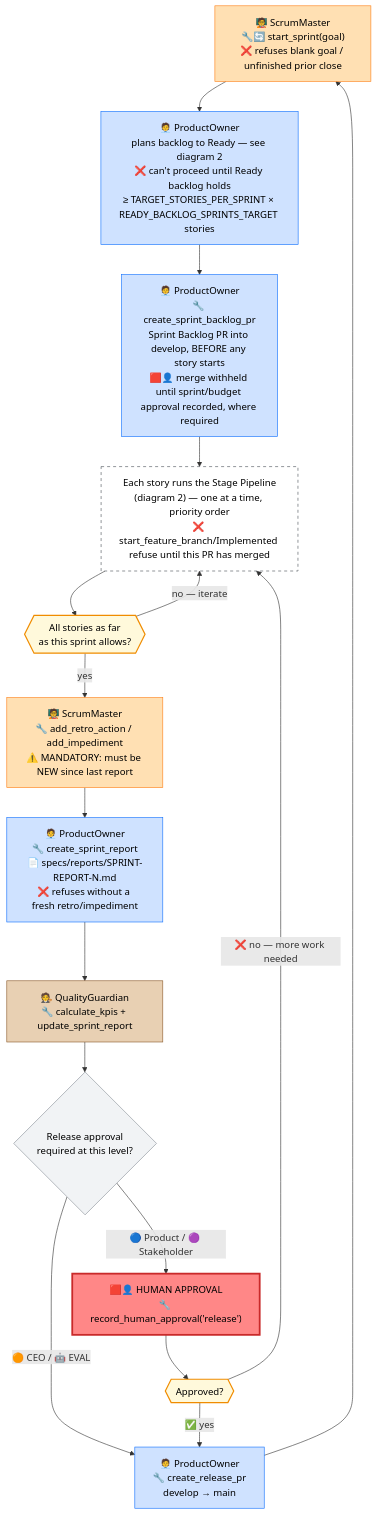
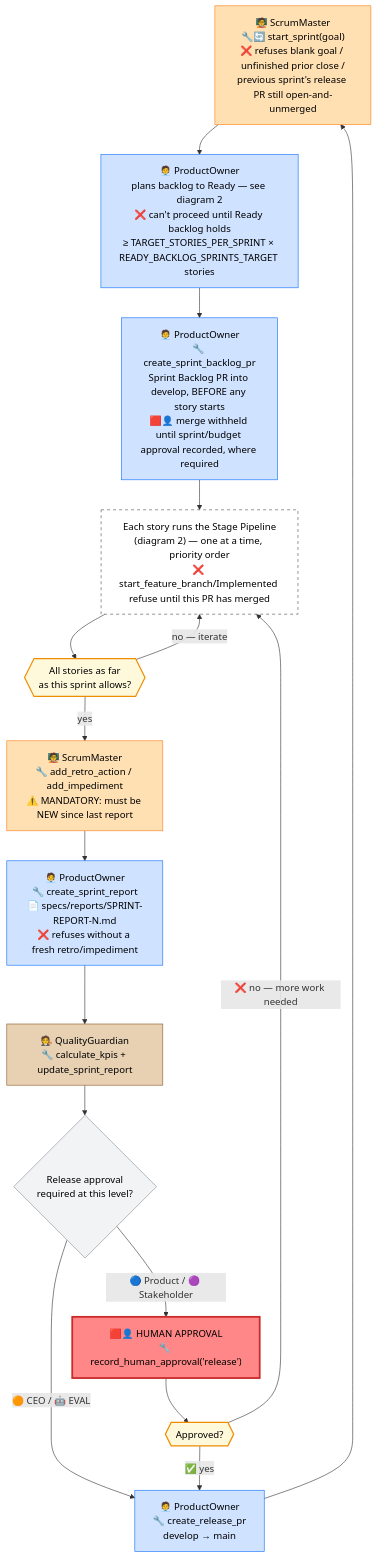
One commit to CI-Till-Krempel/Horseless-Carriage changed the first of 3 diagrams in docs/DEVELOPMENT-WORKFLOW.md. Above: the diagram before and after it, drawn with Mermaid.

Commit message:
Add release-PR-must-be-merged gate to sprint-start diagram (#238)
Commit 0b505c7 (#229) added a third start_sprint refusal condition -
the previous sprint's develop->main release PR must be merged before
a new sprint can start (release_pr_still_open, tools/github.py) - but
the DEVELOPMENT-WORKFLOW.md flowchart's start_sprint node only ever
listed the first two refusal conditions, making it an incomplete map
of what can actually block a sprint from starting.

````diff
--- a/docs/DEVELOPMENT-WORKFLOW.md
+++ b/docs/DEVELOPMENT-WORKFLOW.md
@@ -57,30 +57,30 @@
 ```mermaid
 flowchart TD
-    A["🧑‍🏫 ScrumMaster\n🔧🔄 start_sprint(goal)\n❌ refuses blank goal / unfinished prior close"]:::sm --> B["🧑‍💼 ProductOwner\nplans backlog to Ready — see diagram 2\n❌ can't proceed until Ready backlog holds\n≥ TARGET_STORIES_PER_SPRINT × READY_BACKLOG_SPRINTS_TARGET stories"]:::po
+    A["🧑‍🏫 ScrumMaster\n🔧🔄 start_sprint(goal)\n❌ refuses blank goal / unfinished prior close /\nprevious sprint's release PR still open-and-unmerged"]:::sm --> B["🧑‍💼 ProductOwner\nplans backlog to Ready — see diagram 2\n❌ can't proceed until Ready backlog holds\n≥ TARGET_STORIES_PER_SPRINT × READY_BACKLOG_SPRINTS_TARGET stories"]:::po
     B --> C["🧑‍💼 ProductOwner\n🔧 create_sprint_backlog_pr\nSprint Backlog PR into develop, BEFORE any story starts\n🟥👤 merge withheld until sprint/budget approval recorded, where required"]:::po
     C --> D["Each story runs the Stage Pipeline\n(diagram 2) — one at a time, priority order\n❌ start_feature_branch/Implemented refuse until this PR has merged"]:::multi
     D --> E{{"All stories as far\nas this sprint allows?"}}:::loop
     E -- "no — iterate" --> D
     E -- yes --> F["🧑‍🏫 ScrumMaster\n🔧 add_retro_action / add_impediment\n⚠️ MANDATORY: must be NEW since last report"]:::sm
     F --> G["🧑‍💼 ProductOwner\n🔧 create_sprint_report\n📄 specs/reports/SPRINT-REPORT-N.md\n❌ refuses without a fresh retro/impediment"]:::po
     G --> H["🧑‍⚖️ QualityGuardian\n🔧 calculate_kpis + update_sprint_report"]:::qg
     H --> I{"Release approval\nrequired at this level?"}:::gate
     I -- "🔵 Product / 🟣 Stakeholder" --> J["🟥👤 HUMAN APPROVAL\n🔧 record_human_approval('release')"]:::human
     I -- "🟠 CEO / 🤖 EVAL" --> K
     J --> ReleaseGate{{"Approved?"}}:::loop
     ReleaseGate -- "❌ no — more work needed" --> D
     ReleaseGate -- "✅ yes" --> K
     K["🧑‍💼 ProductOwner\n🔧 create_release_pr\ndevelop → main"]:::po
     K --> A
 
     classDef po fill:#cfe2ff,stroke:#0d6efd,color:#000
     classDef sm fill:#ffe0b3,stroke:#fd7e14,color:#000
     classDef dev fill:#d1f7d6,stroke:#198754,color:#000
     classDef arch fill:#e6d9f7,stroke:#6f42c1,color:#000
     classDef qa fill:#fff3b0,stroke:#e0b400,color:#000
     classDef qg fill:#e8d0b3,stroke:#8b5a2b,color:#000
     classDef human fill:#ff8787,stroke:#c92a2a,stroke-width:3px,color:#000
     classDef gate fill:#f1f3f5,stroke:#868e96,color:#000
     classDef multi fill:#ffffff,stroke:#495057,stroke-dasharray: 5 5,color:#000
     classDef loop fill:#fff9db,stroke:#f08c00,stroke-width:2px,color:#000
 ```
````
